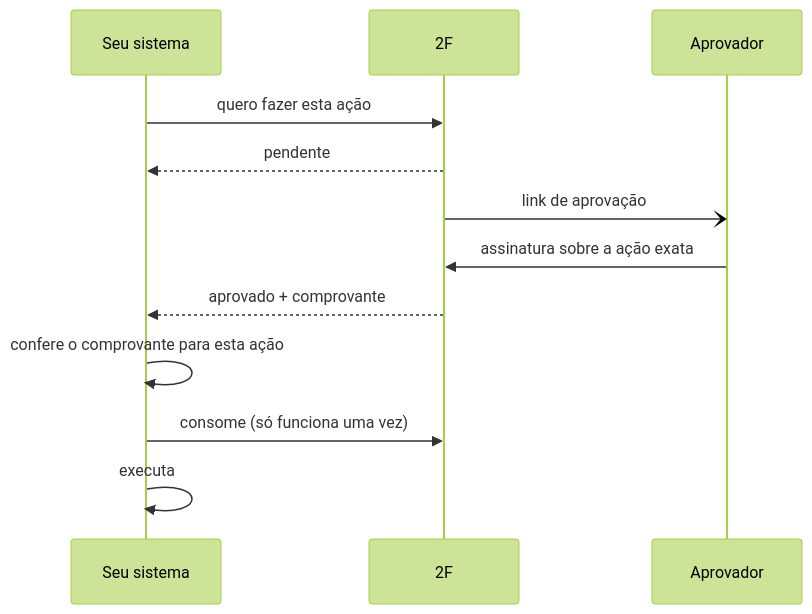
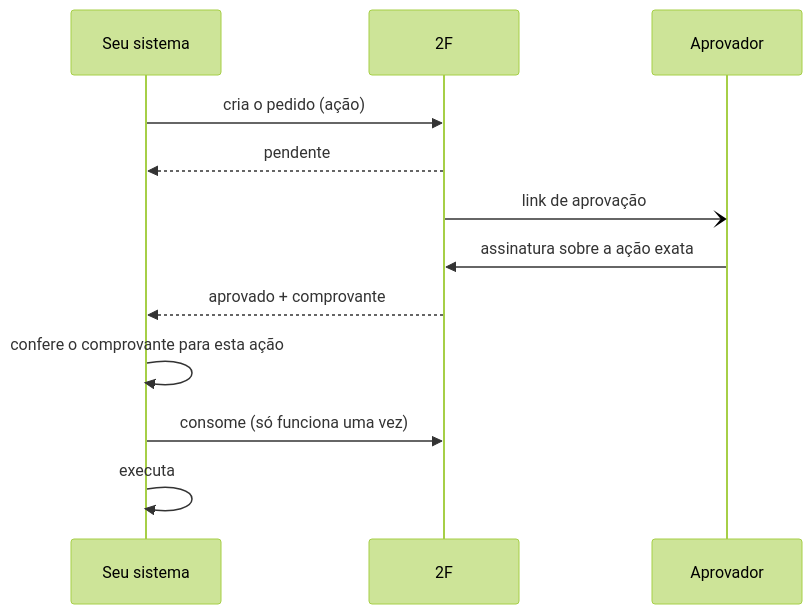
One commit to zanzarini/2f changed the second of 2 diagrams in README.pt-BR.md. Above: the diagram before and after it, drawn with Mermaid (forest theme). The commit also changed other lines of this file and 6 other files, not shown here.

````diff
--- a/README.pt-BR.md
+++ b/README.pt-BR.md
@@ -41,14 +37,14 @@
 ```mermaid
 sequenceDiagram
     participant C as Seu sistema
     participant S as 2F
     participant A as Aprovador
-    C->>S: quero fazer esta ação
+    C->>S: cria o pedido (ação)
     S-->>C: pendente
     S-)A: link de aprovação
     A->>S: assinatura sobre a ação exata
     S-->>C: aprovado + comprovante
     C->>C: confere o comprovante para esta ação
     C->>S: consome (só funciona uma vez)
     C->>C: executa
 ```
````
